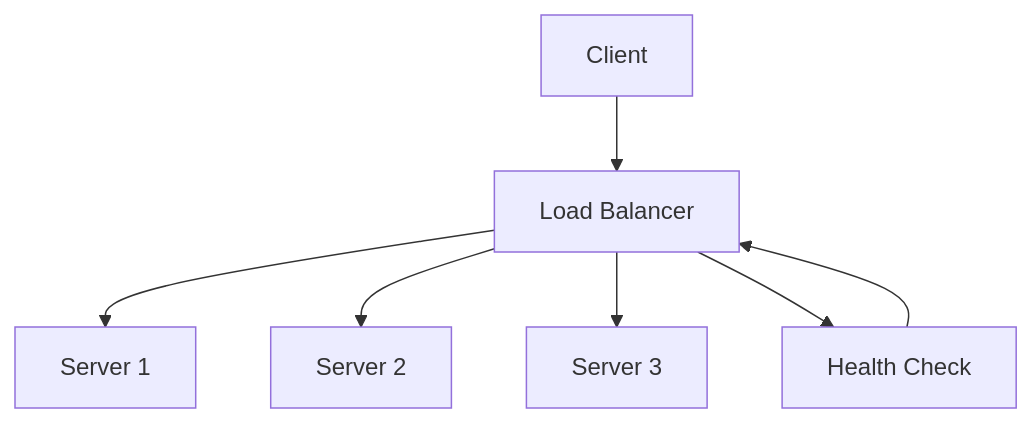
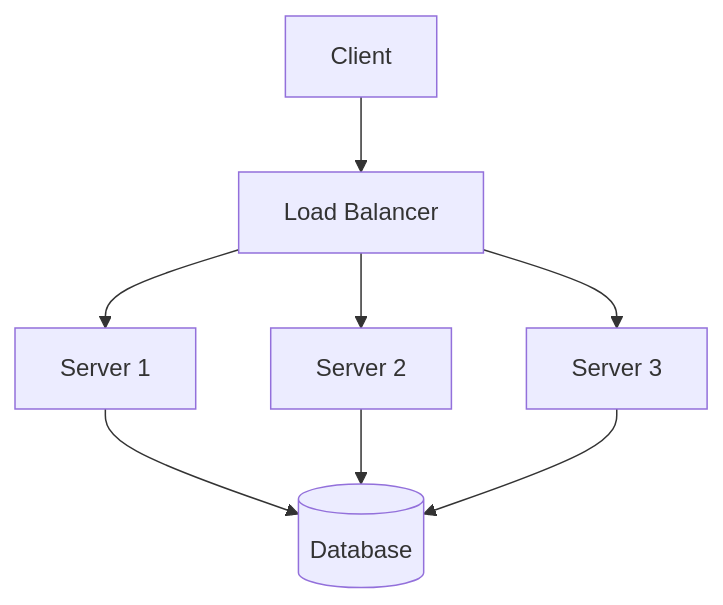
Before and after one commit to VrushankPatel/interview-matters: the diagram in load-balancing-and-strategies/README.md, drawn with Mermaid. The commit also changed other lines of this file and 5 other files, not shown here.

````diff
--- a/load-balancing-and-strategies/README.md
+++ b/load-balancing-and-strategies/README.md
@@ -32,9 +41,10 @@
 ```mermaid
 graph TD
-    C[Client] --> LB[Load Balancer]
+    Client[Client] --> LB[Load Balancer]
     LB --> S1[Server 1]
     LB --> S2[Server 2]
     LB --> S3[Server 3]
-    LB --> H[Health Check]
-    H --> LB
+    S1 --> DB[(Database)]
+    S2 --> DB
+    S3 --> DB
 ```
````
